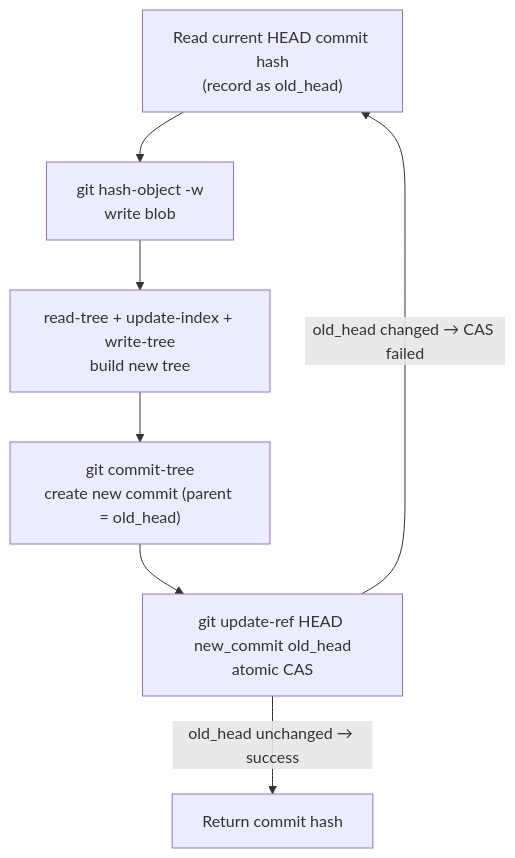
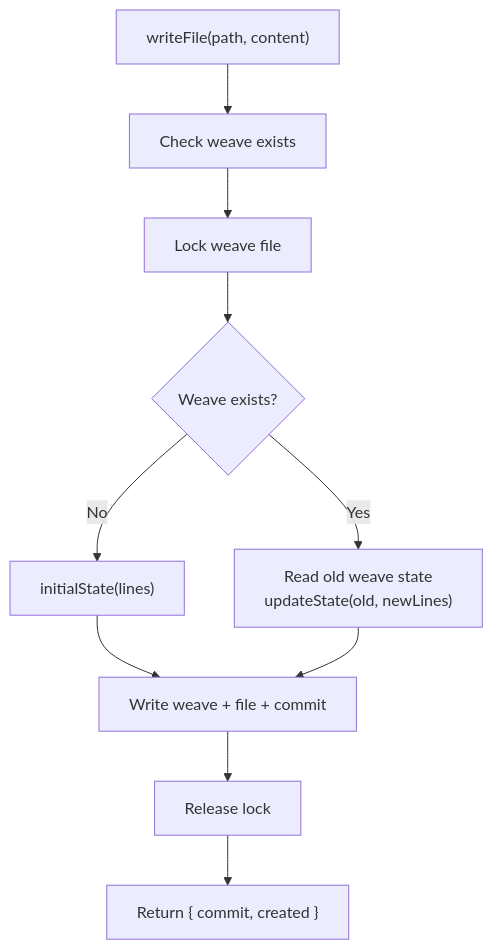
Before and after one commit to glance2life/openarti: the second of 11 diagrams in design.md, drawn with Mermaid. The commit also changed other lines of this file and 162 other files, not shown here.

````diff
--- a/design.md
+++ b/design.md
@@ -77,9 +72,12 @@
 ```mermaid
 flowchart TD
-    A["Read current HEAD commit hash<br/>(record as old_head)"] --> B["git hash-object -w<br/>write blob"]
-    B --> C["read-tree + update-index + write-tree<br/>build new tree"]
-    C --> D["git commit-tree<br/>create new commit (parent = old_head)"]
-    D --> E["git update-ref HEAD new_commit old_head<br/>atomic CAS"]
-    E -->|"old_head unchanged → success"| F["Return commit hash"]
-    E -->|"old_head changed → CAS failed"| A
+    A["writeFile(path, content)"] --> B["Check weave exists"]
+    B --> C["Lock weave file"]
+    C --> D{"Weave exists?"}
+    D -->|"No"| E["initialState(lines)"]
+    D -->|"Yes"| F["Read old weave state<br/>updateState(old, newLines)"]
+    E --> G["Write weave + file + commit"]
+    F --> G
+    G --> H["Release lock"]
+    H --> I["Return { commit, created }"]
 ```
````
